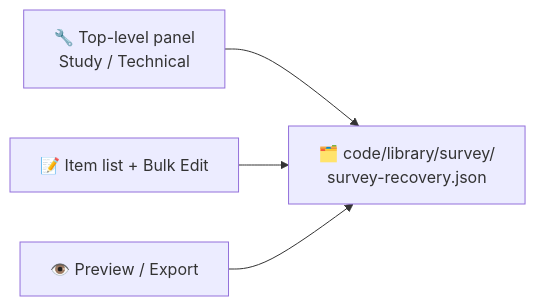
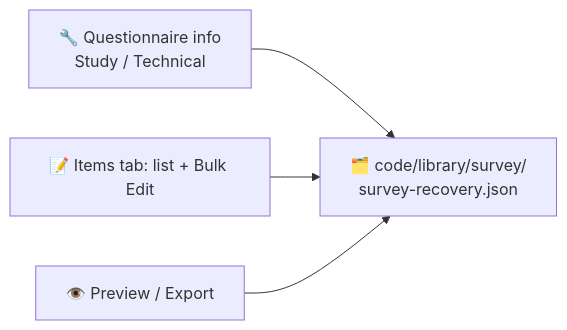
The diagram in docs/TUTORIAL_SURVEY_3_TEMPLATE_EDITOR.md (MRI-Lab-Graz/prism-studio), drawn with Mermaid before and after one commit. The commit also changed other lines of this file and 7 other files, not shown here.

First line of the commit message:
docs+fix(editor): questionnaire info is the only Study/Technical layout; docs and CHANGELOG for the restructure

````diff
--- a/docs/TUTORIAL_SURVEY_3_TEMPLATE_EDITOR.md
+++ b/docs/TUTORIAL_SURVEY_3_TEMPLATE_EDITOR.md
@@ -8,7 +8,7 @@
 ```{mermaid}
 flowchart LR
     T["🗂️ code/library/survey/<br/>survey-recovery.json"]
-    A["🔧 Top-level panel<br/>Study / Technical"] --> T
-    B["📝 Item list + Bulk Edit"] --> T
+    A["🔧 Questionnaire info<br/>Study / Technical"] --> T
+    B["📝 Items tab: list + Bulk Edit"] --> T
     C["👁️ Preview / Export"] --> T
 ```
````
